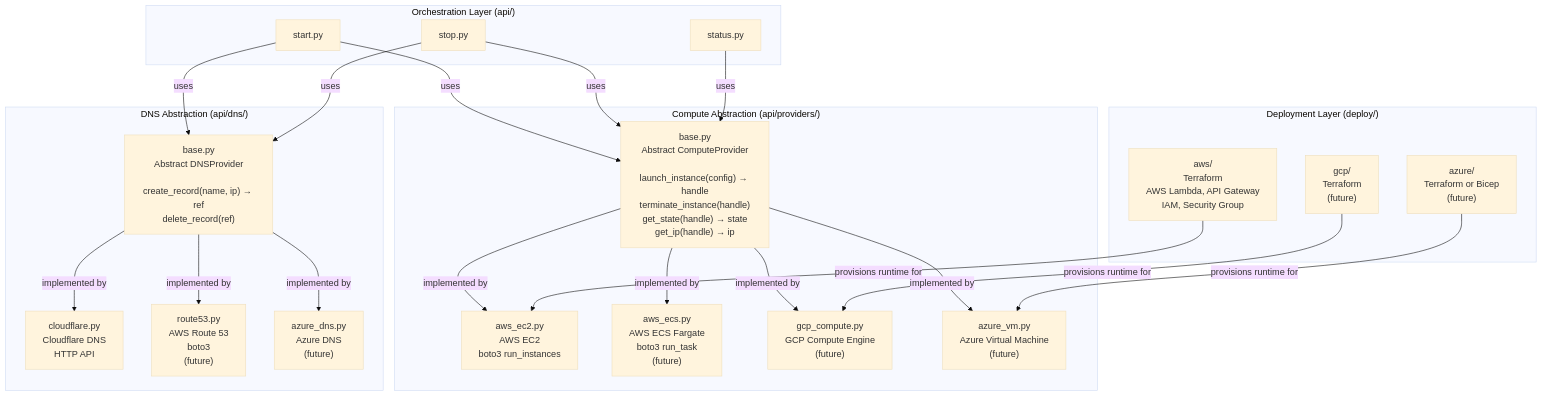
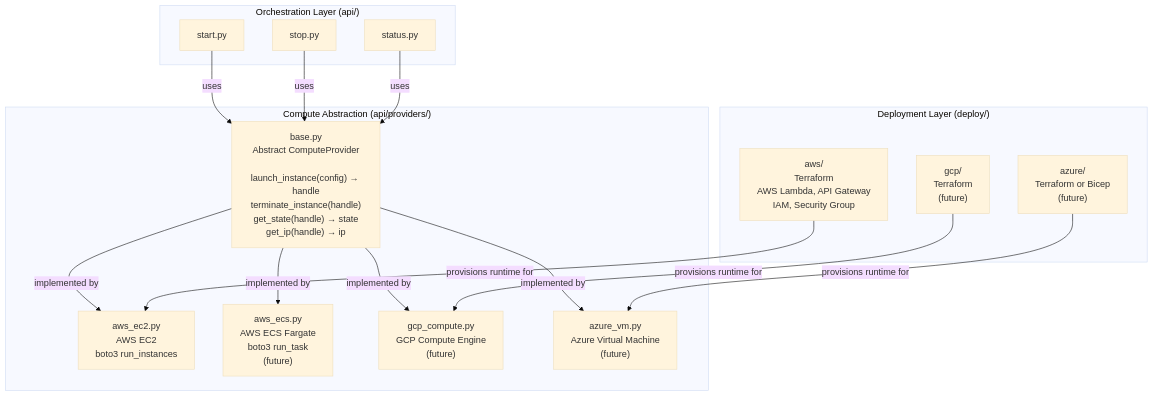
The diagram in architecture/provider-architecture.md (adwaitpande11/inference-on-demand), drawn with Mermaid (base theme) before and after one commit. The commit also changed other lines of this file and 23 other files, not shown here.

````diff
--- a/architecture/provider-architecture.md
+++ b/architecture/provider-architecture.md
@@ -5,50 +5,36 @@
 ```mermaid
 graph TD
     subgraph orchestration["Orchestration Layer (api/)"]
         Start["start.py"]
         Stop["stop.py"]
         Status["status.py"]
     end
 
     subgraph compute["Compute Abstraction (api/providers/)"]
         ComputeBase["base.py\nAbstract ComputeProvider\n\nlaunch_instance(config) → handle\nterminate_instance(handle)\nget_state(handle) → state\nget_ip(handle) → ip"]
 
         AWSEC2["aws_ec2.py\nAWS EC2\nboto3 run_instances"]
         AWSECS["aws_ecs.py\nAWS ECS Fargate\nboto3 run_task\n(future)"]
         GCPCompute["gcp_compute.py\nGCP Compute Engine\n(future)"]
         AzureVM["azure_vm.py\nAzure Virtual Machine\n(future)"]
     end
 
-    subgraph dns["DNS Abstraction (api/dns/)"]
-        DNSBase["base.py\nAbstract DNSProvider\n\ncreate_record(name, ip) → ref\ndelete_record(ref)"]
-
-        Cloudflare["cloudflare.py\nCloudflare DNS\nHTTP API"]
-        Route53["route53.py\nAWS Route 53\nboto3\n(future)"]
-        AzureDNS["azure_dns.py\nAzure DNS\n(future)"]
-    end
-
     subgraph deploy["Deployment Layer (deploy/)"]
         DeployAWS["aws/\nTerraform\nAWS Lambda, API Gateway\nIAM, Security Group"]
         DeployAzure["azure/\nTerraform or Bicep\n(future)"]
         DeployGCP["gcp/\nTerraform\n(future)"]
     end
 
     Start -->|"uses"| ComputeBase
-    Start -->|"uses"| DNSBase
     Stop -->|"uses"| ComputeBase
-    Stop -->|"uses"| DNSBase
     Status -->|"uses"| ComputeBase
 
     ComputeBase -->|"implemented by"| AWSEC2
     ComputeBase -->|"implemented by"| AWSECS
     ComputeBase -->|"implemented by"| GCPCompute
     ComputeBase -->|"implemented by"| AzureVM
 
-    DNSBase -->|"implemented by"| Cloudflare
-    DNSBase -->|"implemented by"| Route53
-    DNSBase -->|"implemented by"| AzureDNS
-
     DeployAWS -->|"provisions runtime for"| AWSEC2
     DeployAzure -->|"provisions runtime for"| AzureVM
     DeployGCP -->|"provisions runtime for"| GCPCompute
 ```
````
